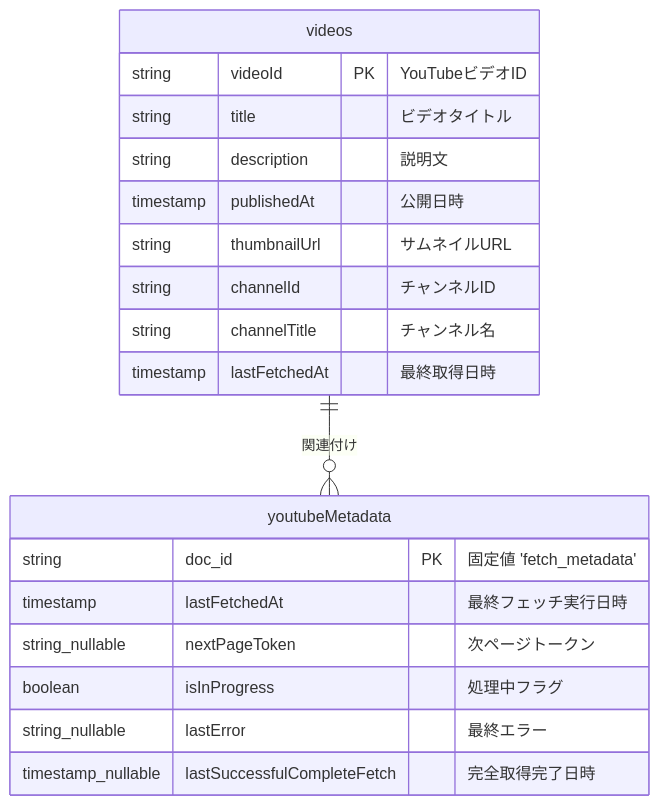
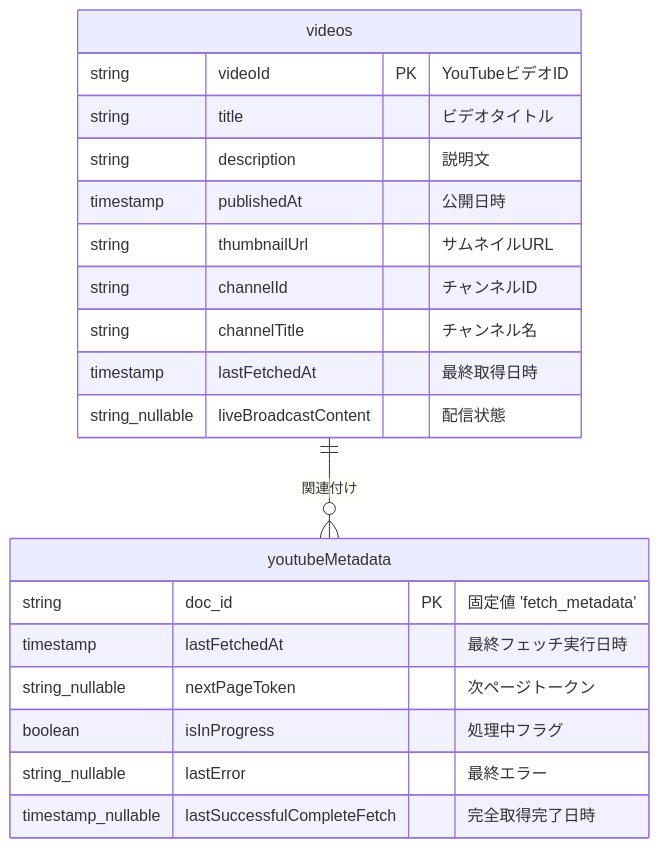
One commit to nothink-jp/suzumina.click changed the diagram in docs/SCHEMA.md. Above: the diagram before and after it, drawn with Mermaid. The commit also changed other lines of this file and 9 other files, not shown here.

````diff
--- a/docs/SCHEMA.md
+++ b/docs/SCHEMA.md
@@ -20,27 +20,28 @@
 ```mermaid
 erDiagram
     videos ||--o{ youtubeMetadata : "関連付け"
 
     videos {
         string videoId PK "YouTubeビデオID"
         string title "ビデオタイトル"
         string description "説明文"
         timestamp publishedAt "公開日時"
         string thumbnailUrl "サムネイルURL"
         string channelId "チャンネルID"
         string channelTitle "チャンネル名"
         timestamp lastFetchedAt "最終取得日時"
+        string_nullable liveBroadcastContent "配信状態"
     }
 
     youtubeMetadata {
         string doc_id PK "固定値 'fetch_metadata'"
         timestamp lastFetchedAt "最終フェッチ実行日時"
         string_nullable nextPageToken "次ページトークン"
         boolean isInProgress "処理中フラグ"
         string_nullable lastError "最終エラー"
         timestamp_nullable lastSuccessfulCompleteFetch "完全取得完了日時"
     }
 
     %% users コレクションは Firestore では管理されていません
     %% userPreferences コレクションは現在未使用です
 ```
````
